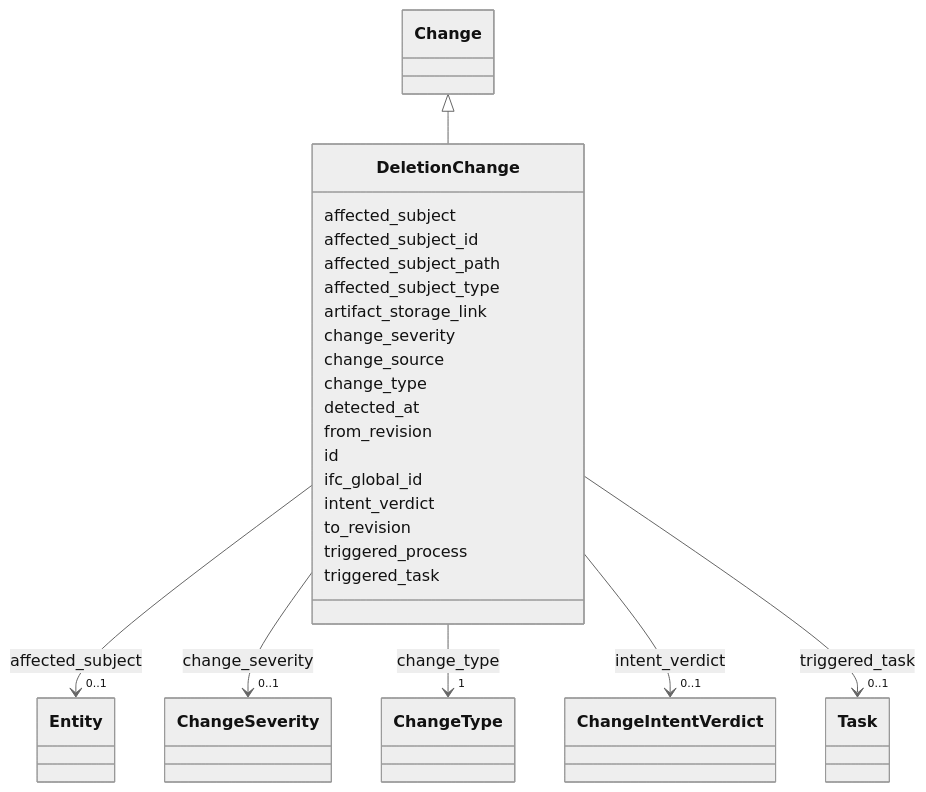
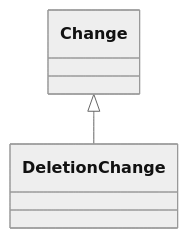
The diagram in site/schema/DeletionChange.md (simondilhas/pragmatic-bim-data-contract), drawn with Mermaid (neutral theme) before and after one commit. The commit also changed 561 other files, not shown here.

First line of the commit message:
Integrate Mermaid and Panzoom for enhanced documentation visualization

````diff
--- a/site/schema/DeletionChange.md
+++ b/site/schema/DeletionChange.md
@@ -23,33 +23,13 @@
 ```mermaid
- classDiagram
-    class DeletionChange
-    click DeletionChange href "./DeletionChange.html"
-      Change <|-- DeletionChange
-        click Change href "./Change.html"
-      DeletionChange : affected_subject
-        DeletionChange --> "0..1" Entity : affected_subject
-        click Entity href "./Entity.html"
-      DeletionChange : affected_subject_id
-      DeletionChange : affected_subject_path
-      DeletionChange : affected_subject_type
-      DeletionChange : artifact_storage_link
-      DeletionChange : change_severity
-        DeletionChange --> "0..1" ChangeSeverity : change_severity
-        click ChangeSeverity href "./ChangeSeverity.html"
-      DeletionChange : change_source
-      DeletionChange : change_type
-        DeletionChange --> "1" ChangeType : change_type
-        click ChangeType href "./ChangeType.html"
-      DeletionChange : detected_at
-      DeletionChange : from_revision
-      DeletionChange : id
-      DeletionChange : ifc_global_id
-      DeletionChange : intent_verdict
-        DeletionChange --> "0..1" ChangeIntentVerdict : intent_verdict
-        click ChangeIntentVerdict href "./ChangeIntentVerdict.html"
-      DeletionChange : to_revision
-      DeletionChange : triggered_process
-      DeletionChange : triggered_task
-        DeletionChange --> "0..1" Task : triggered_task
-        click Task href "./Task.html"
+classDiagram
+direction TB
+class DeletionChange
+click DeletionChange href "./DeletionChange.html" _blank
+Change <|-- DeletionChange
+click Change href "./Change.html" _blank
+click Entity href "./Entity.html" _blank
+click ChangeSeverity href "./ChangeSeverity.html" _blank
+click ChangeType href "./ChangeType.html" _blank
+click ChangeIntentVerdict href "./ChangeIntentVerdict.html" _blank
+click Task href "./Task.html" _blank
 ```
````
